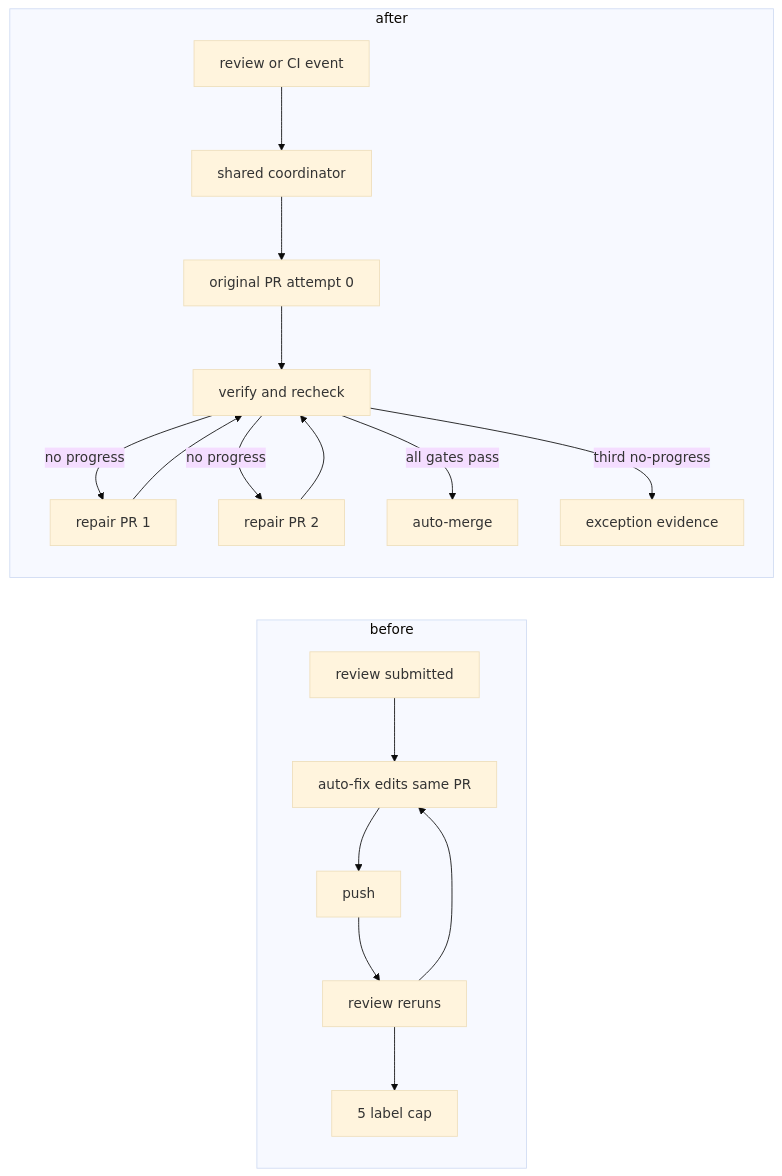
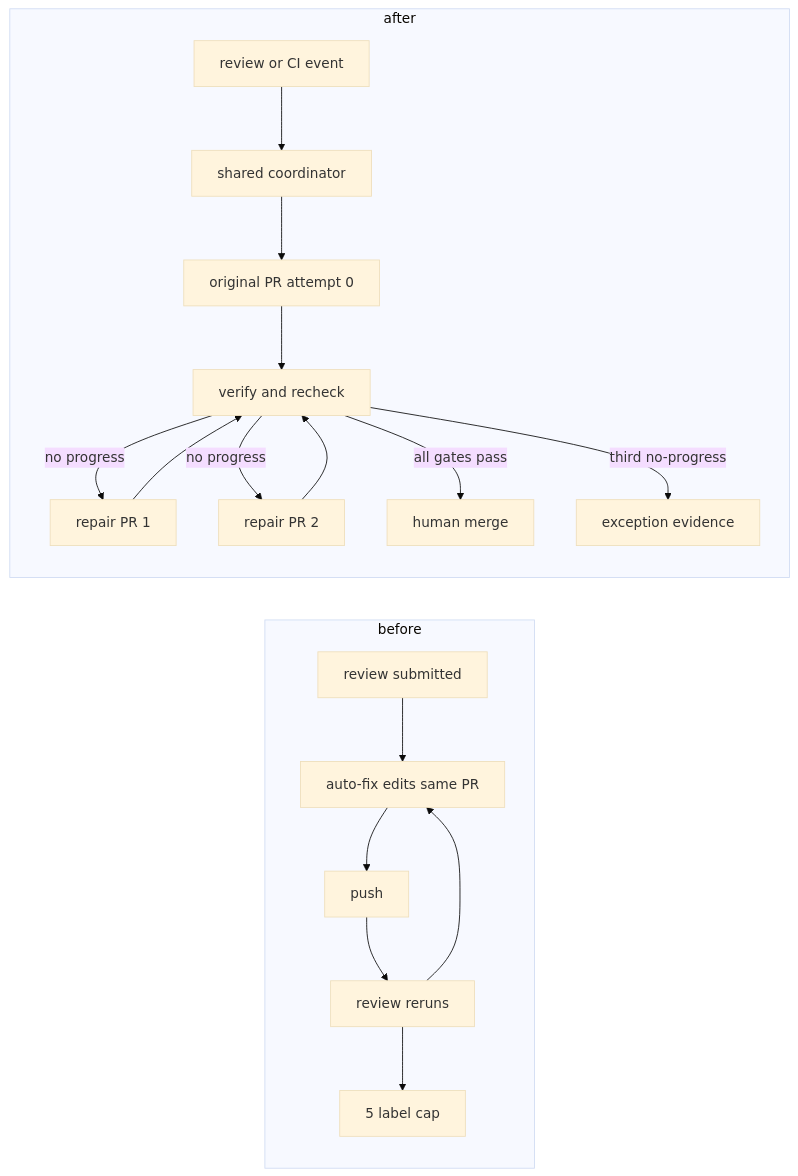
Before and after one commit to mybotagent/dev-harness-kit: the fourth of 5 diagrams in docs/workflows/unified-repair-coordinator.md, drawn with Mermaid (base theme). The commit also changed other lines of this file, not shown here.

````diff
--- a/docs/workflows/unified-repair-coordinator.md
+++ b/docs/workflows/unified-repair-coordinator.md
@@ -76,21 +76,21 @@
 ```mermaid
 flowchart LR
   subgraph BEFORE[before]
     B1[review submitted] --> B2[auto-fix edits same PR]
     B2 --> B3[push]
     B3 --> B4[review reruns]
     B4 --> B2
     B4 --> B5[5 label cap]
   end
   subgraph AFTER[after]
     A1[review or CI event] --> A2[shared coordinator]
     A2 --> A3[original PR attempt 0]
     A3 --> A4[verify and recheck]
     A4 -->|no progress| A5[repair PR 1]
     A5 --> A4
     A4 -->|no progress| A6[repair PR 2]
     A6 --> A4
-    A4 -->|all gates pass| A7[auto-merge]
+    A4 -->|all gates pass| A7[human merge]
     A4 -->|third no-progress| A8[exception evidence]
   end
 ```
````
